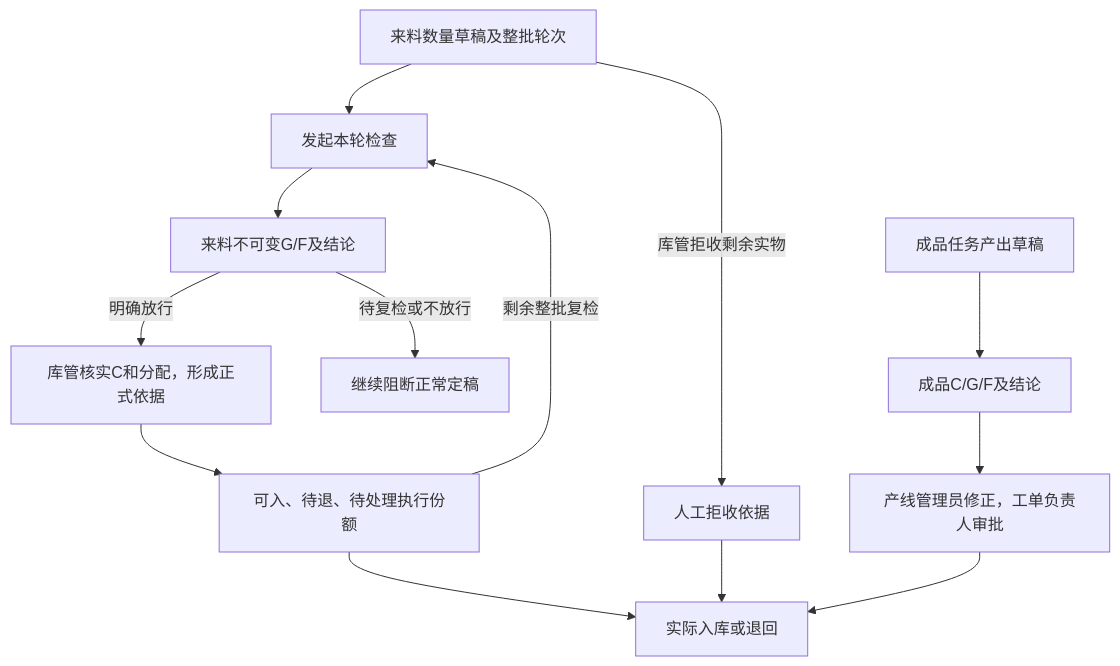
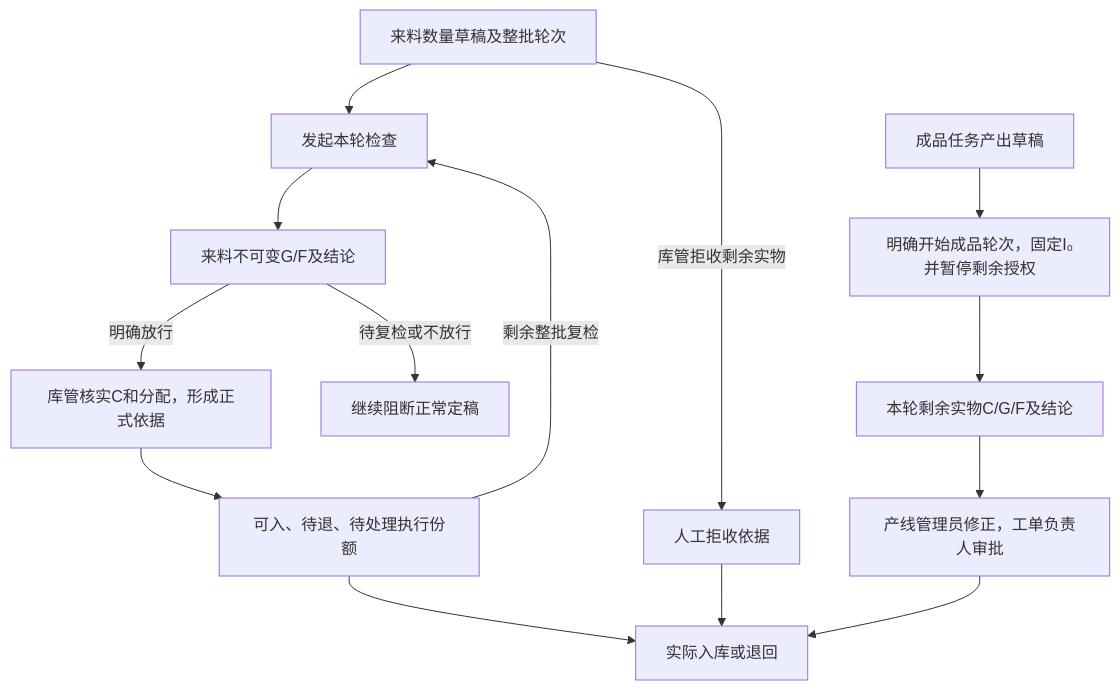
One commit to ikarosl/mes changed the diagram in apps/api/src/modules/quality/docs/unified-inspection-model.md. Above: the diagram before and after it, drawn with Mermaid. The commit also changed other lines of this file and 130 other files, not shown here.

````diff
--- a/apps/api/src/modules/quality/docs/unified-inspection-model.md
+++ b/apps/api/src/modules/quality/docs/unified-inspection-model.md
@@ -9,15 +9,16 @@
 ```mermaid
 flowchart TD
   A[来料数量草稿及整批轮次] --> B[发起本轮检查]
   B --> C[来料不可变G/F及结论]
   C -->|明确放行| D[库管核实C和分配，形成正式依据]
   C -->|待复检或不放行| E[继续阻断正常定稿]
   D --> F[可入、待退、待处理执行份额]
   F --> G[实际入库或退回]
   F -->|剩余整批复检| B
   A -->|库管拒收剩余实物| H[人工拒收依据]
   H --> G
-  P[成品任务产出草稿] --> Q[成品C/G/F及结论]
+  P[成品任务产出草稿] --> PS[明确开始成品轮次，固定I₀并暂停剩余授权]
+  PS --> Q[本轮剩余实物C/G/F及结论]
   Q --> R[产线管理员修正，工单负责人审批]
   R --> G
 ```
````
